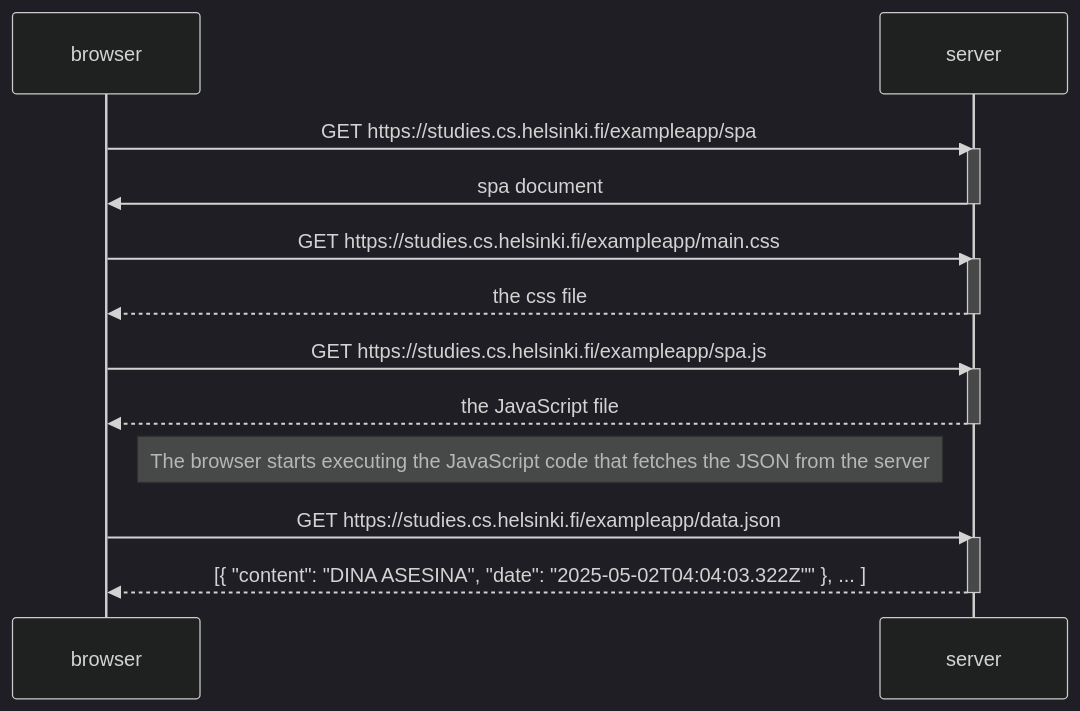
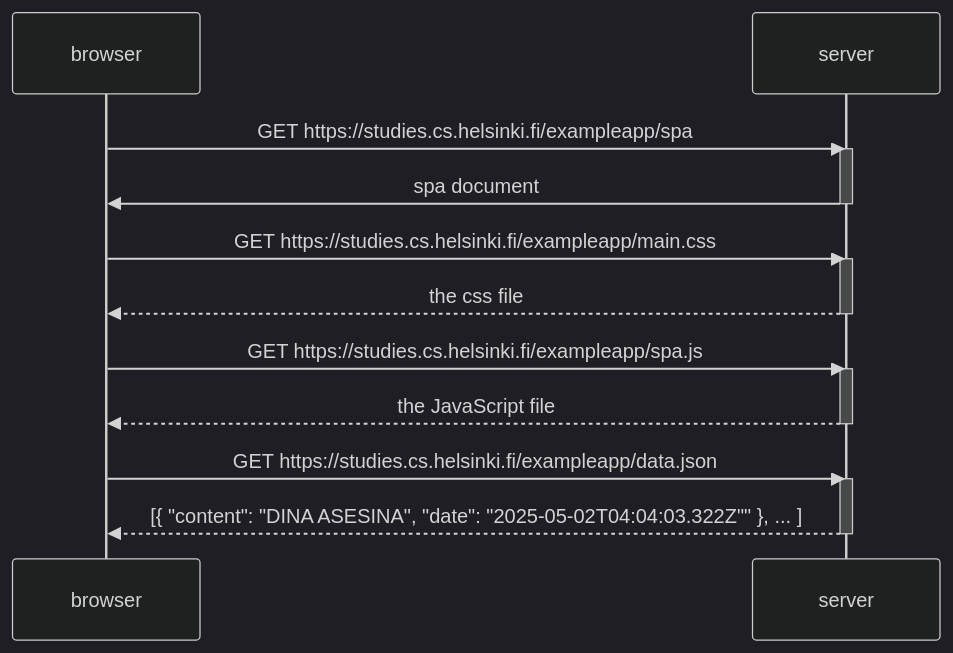
One commit to Kavita113/fullstackopen changed the diagram in part0/spa_diagram.md. Above: the diagram before and after it, drawn with Mermaid (dark theme).

````diff
--- a/part0/spa_diagram.md
+++ b/part0/spa_diagram.md
@@ -1,29 +1,27 @@
-:::mermaid
+```mermaid
 sequenceDiagram
 participant browser
 participant server
 
 browser->>server: GET https://studies.cs.helsinki.fi/exampleapp/spa
 activate server
 server->>browser: spa document
 deactivate server
 
   browser->>server: GET https://studies.cs.helsinki.fi/exampleapp/main.css
     activate server
     server-->>browser: the css file
     deactivate server
 
     browser->>server: GET https://studies.cs.helsinki.fi/exampleapp/spa.js
     activate server
     server-->>browser: the JavaScript file
     deactivate server
 
-    Note right of browser: The browser starts executing the JavaScript code that fetches the JSON from the server
-
     browser->>server: GET https://studies.cs.helsinki.fi/exampleapp/data.json
     activate server
     server-->>browser: [{ "content": "DINA ASESINA", "date": "2025-05-02T04:04:03.322Z"" }, ... ]
     deactivate server
 
 
-:::
+```
````
